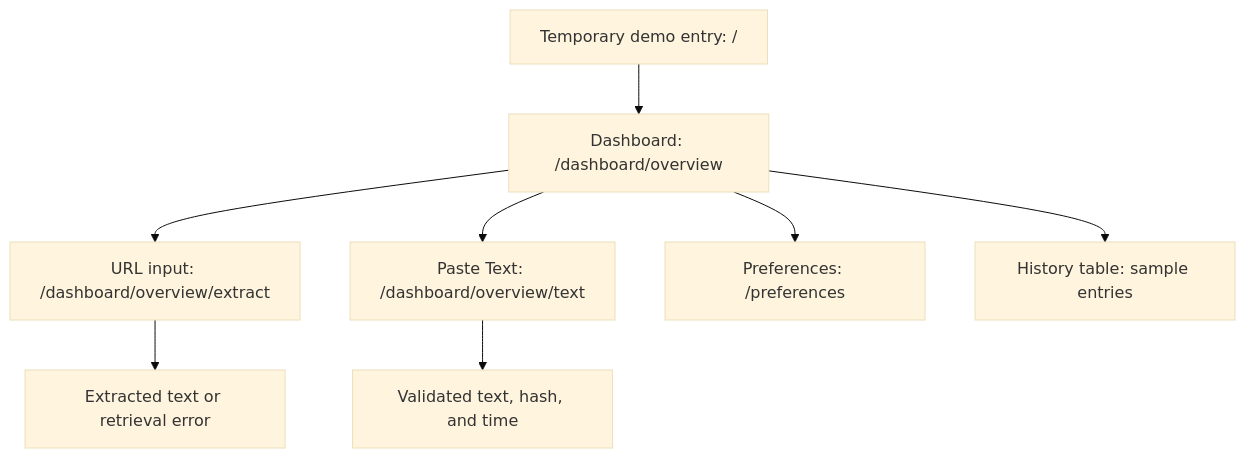
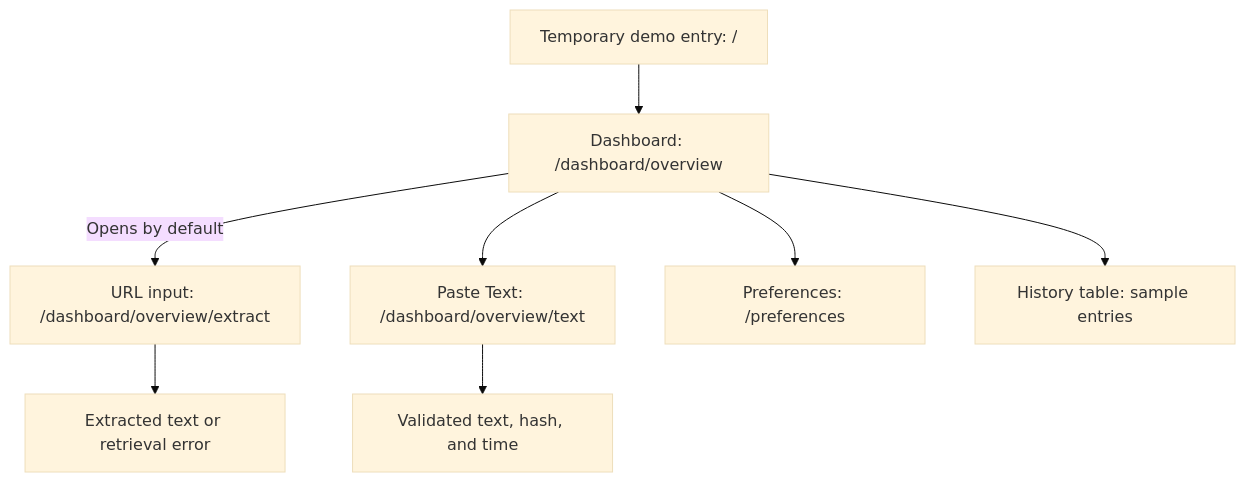
Before and after one commit to UNLV-CS472-672/2026-F-GROUP2-ClearConsent: the first of 3 diagrams in docs/design/dashboard-navigation.md, drawn with Mermaid (base theme). The commit also changed other lines of this file and 5 other files, not shown here.

First line of the commit message:
ui: open URL input by default and clarify input cards (#44)

````diff
--- a/docs/design/dashboard-navigation.md
+++ b/docs/design/dashboard-navigation.md
@@ -7,10 +7,10 @@
 ```mermaid
 flowchart TD
     Entry["Temporary demo entry: /"] --> Dashboard
-    Dashboard["Dashboard: /dashboard/overview"] --> URL["URL input: /dashboard/overview/extract"]
+    Dashboard["Dashboard: /dashboard/overview"] -->|"Opens by default"| URL["URL input: /dashboard/overview/extract"]
     Dashboard --> Text["Paste Text: /dashboard/overview/text"]
     Dashboard --> Preferences["Preferences: /preferences"]
     Dashboard --> History["History table: sample entries"]
     URL --> ExtractOutput["Extracted text or retrieval error"]
     Text --> TextOutput["Validated text, hash, and time"]
 ```
````
